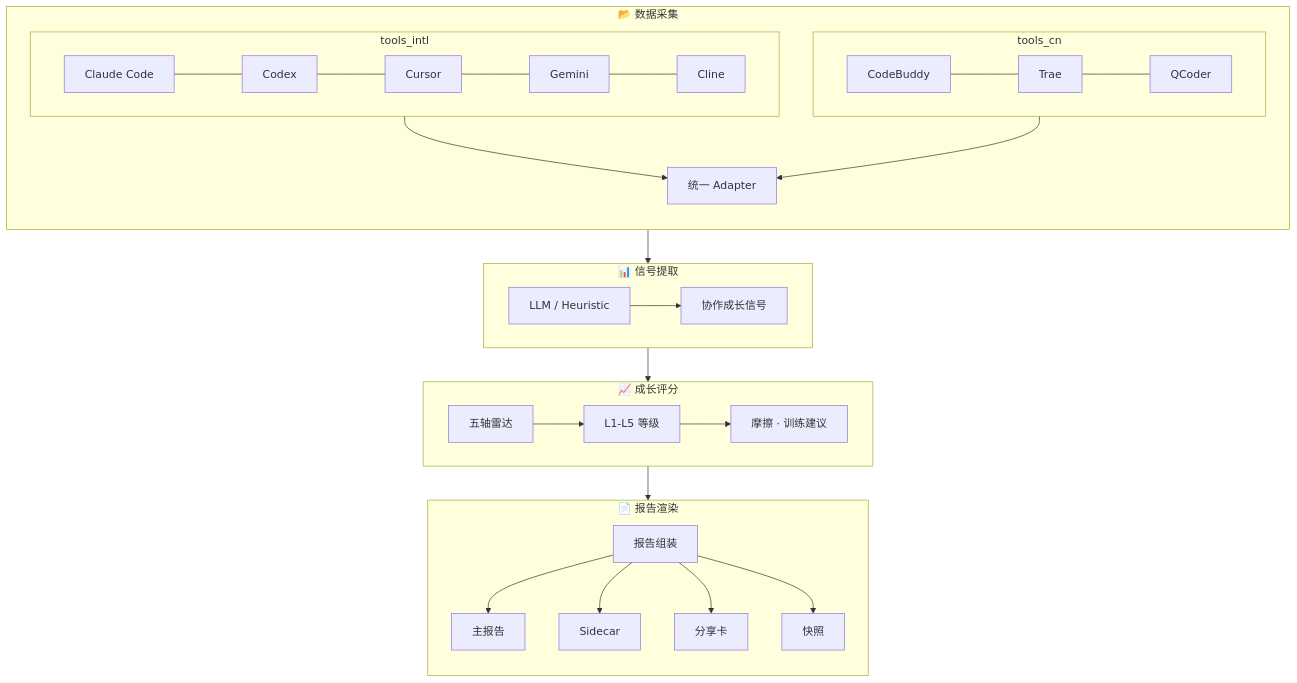
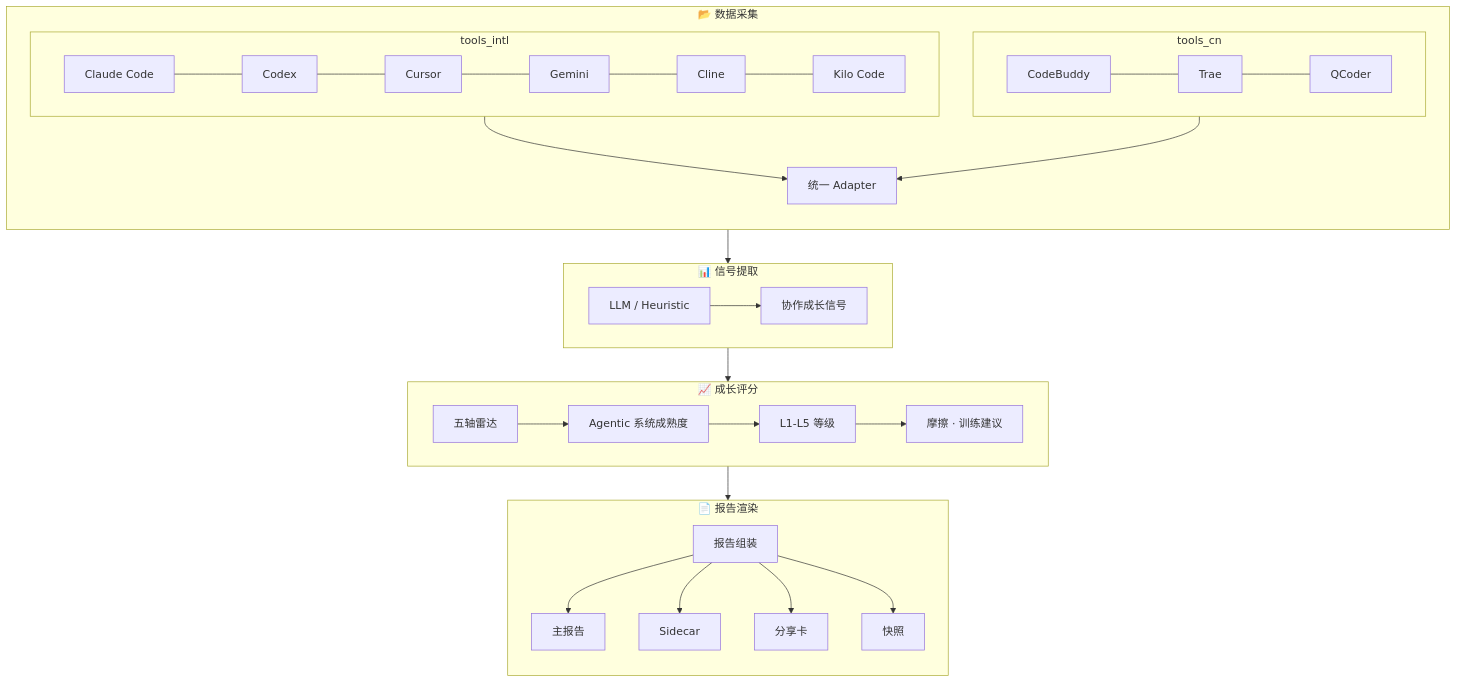
The first of 2 diagrams in README.md (yxkong/ai-growth-mirror), drawn with Mermaid before and after one commit. The commit also changed other lines of this file and 8 other files, not shown here.

````diff
--- a/README.md
+++ b/README.md
@@ -13,37 +13,37 @@
 ```mermaid
 flowchart TB
     subgraph L1["📂 数据采集"]
         direction TB
         subgraph tools_intl["tools_intl"]
             direction LR
-            t_claude[Claude Code] --- t_codex[Codex] --- t_cursor[Cursor] --- t_gemini[Gemini] --- t_cline[Cline]
+            t_claude[Claude Code] --- t_codex[Codex] --- t_cursor[Cursor] --- t_gemini[Gemini] --- t_cline[Cline] --- t_kilo[Kilo Code]
         end
         subgraph tools_cn["tools_cn"]
             direction LR
             t_buddy[CodeBuddy] --- t_trae[Trae] --- t_qcoder[QCoder]
         end
         t_adapter[统一 Adapter]
         tools_intl --> t_adapter
         tools_cn --> t_adapter
     end
 
     subgraph L2["📊 信号提取"]
         sig_in[LLM / Heuristic] --> sig_out[协作成长信号]
     end
 
     subgraph L3["📈 成长评分"]
-        sc_radar[五轴雷达] --> sc_level[L1-L5 等级] --> sc_plan[摩擦 · 训练建议]
+        sc_radar[五轴雷达] --> sc_agentic[Agentic 系统成熟度] --> sc_level[L1-L5 等级] --> sc_plan[摩擦 · 训练建议]
     end
 
     subgraph L4["📄 报告渲染"]
         direction TB
         rpt_asm[报告组装]
         rpt_html[主报告]
         rpt_json[Sidecar]
         rpt_share[分享卡]
         rpt_snap[快照]
         rpt_asm --> rpt_html & rpt_json & rpt_share & rpt_snap
     end
 
     L1 --> L2 --> L3 --> L4
 ```
````
